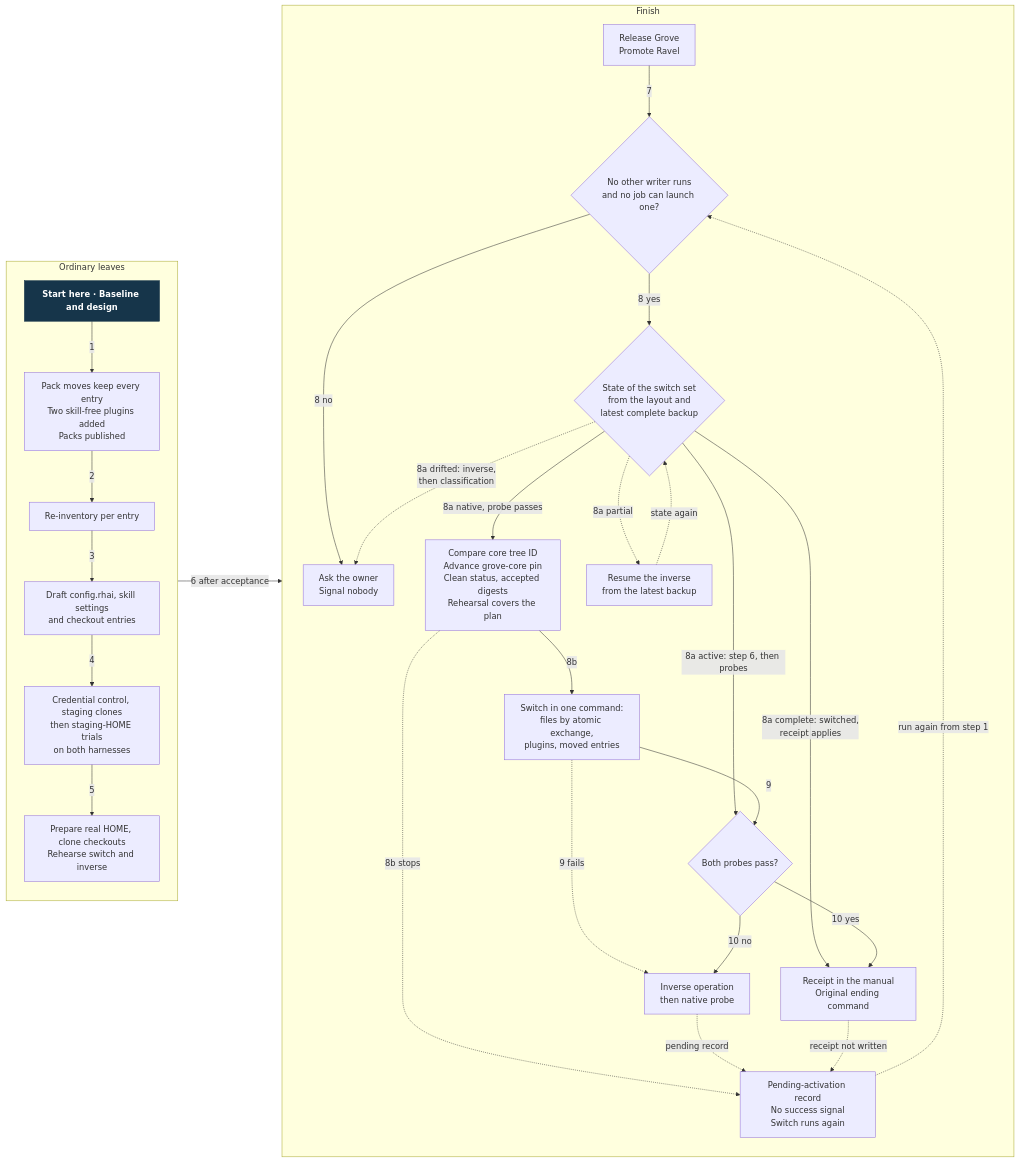
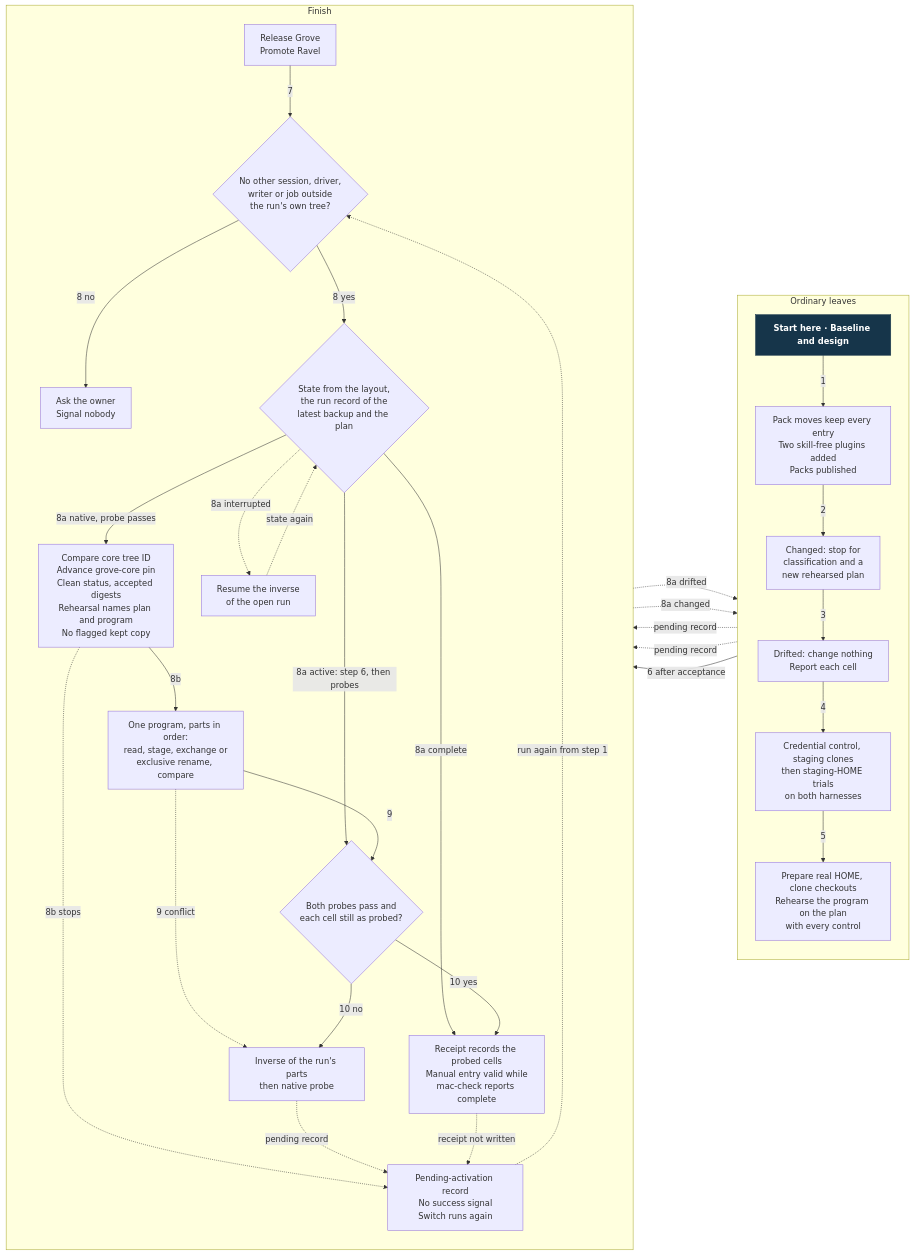
One commit to Linkuistics/grove changed the diagram in docs/design/harness-selection-and-execution/owner-cutover.mmd. Above: the diagram before and after it, drawn with Mermaid. The commit also changed 17 other files, not shown here.

```diff
--- a/docs/design/harness-selection-and-execution/owner-cutover.mmd
+++ b/docs/design/harness-selection-and-execution/owner-cutover.mmd
@@ -1,50 +1,55 @@
 flowchart LR
     subgraph prep["Ordinary leaves"]
         direction TB
         A["Start here · Baseline and design"]
         B["Pack moves keep every entry<br/>Two skill-free plugins added<br/>Packs published"]
         C["Re-inventory per entry"]
         D["Draft config.rhai, skill settings<br/>and checkout entries"]
         E["Credential control, staging clones<br/>then staging-HOME trials<br/>on both harnesses"]
-        F["Prepare real HOME, clone checkouts<br/>Rehearse switch and inverse"]
+        F["Prepare real HOME, clone checkouts<br/>Rehearse the program on the plan<br/>with every control"]
         A -->|1| B
         B -->|2| C
         C -->|3| D
         D -->|4| E
         E -->|5| F
     end
     subgraph fin["Finish"]
         direction TB
         G["Release Grove<br/>Promote Ravel"]
-        H{"No other writer runs<br/>and no job can launch one?"}
+        H{"No other session, driver,<br/>writer or job outside<br/>the run's own tree?"}
         I["Ask the owner<br/>Signal nobody"]
-        S{"State of the switch set<br/>from the layout and<br/>latest complete backup"}
-        R["Resume the inverse<br/>from the latest backup"]
-        P["Compare core tree ID<br/>Advance grove-core pin<br/>Clean status, accepted digests<br/>Rehearsal covers the plan"]
+        S{"State from the layout,<br/>the run record of the<br/>latest backup and the plan"}
+        R["Resume the inverse<br/>of the open run"]
+        D["Drifted: change nothing<br/>Report each cell"]
+        C["Changed: stop for<br/>classification and a<br/>new rehearsed plan"]
+        P["Compare core tree ID<br/>Advance grove-core pin<br/>Clean status, accepted digests<br/>Rehearsal names plan and program<br/>No flagged kept copy"]
         Q["Pending-activation record<br/>No success signal<br/>Switch runs again"]
-        J["Switch in one command:<br/>files by atomic exchange,<br/>plugins, moved entries"]
-        K{"Both probes pass?"}
-        L["Inverse operation<br/>then native probe"]
-        M["Receipt in the manual<br/>Original ending command"]
+        J["One program, parts in order:<br/>read, stage, exchange or<br/>exclusive rename, compare"]
+        K{"Both probes pass and<br/>each cell still as probed?"}
+        L["Inverse of the run's parts<br/>then native probe"]
+        M["Receipt records the probed cells<br/>Manual entry valid while<br/>mac-check reports complete"]
         G -->|7| H
         H -->|"8 no"| I
         H -->|"8 yes"| S
         S -->|"8a native, probe passes"| P
-        S -.->|"8a partial"| R
+        S -.->|"8a interrupted"| R
         S -->|"8a active: step 6, then probes"| K
-        S -.->|"8a drifted: inverse,<br/>then classification"| I
-        S -->|"8a complete: switched,<br/>receipt applies"| M
+        S -.->|"8a drifted"| D
+        S -.->|"8a changed"| C
+        S -->|"8a complete"| M
         R -.->|"state again"| S
         P -->|"8b"| J
         P -.->|"8b stops"| Q
         J -->|9| K
-        J -.->|"9 fails"| L
+        J -.->|"9 conflict"| L
         K -->|"10 no"| L
         L -.->|"pending record"| Q
         K -->|"10 yes"| M
+        D -.->|"pending record"| Q
+        C -.->|"pending record"| Q
         M -.->|"receipt not written"| Q
         Q -.->|"run again from step 1"| H
     end
     prep -->|"6 after acceptance"| fin
     classDef start fill:#16354a,color:#fff,stroke:#16354a,font-weight:bold
     class A start
```
